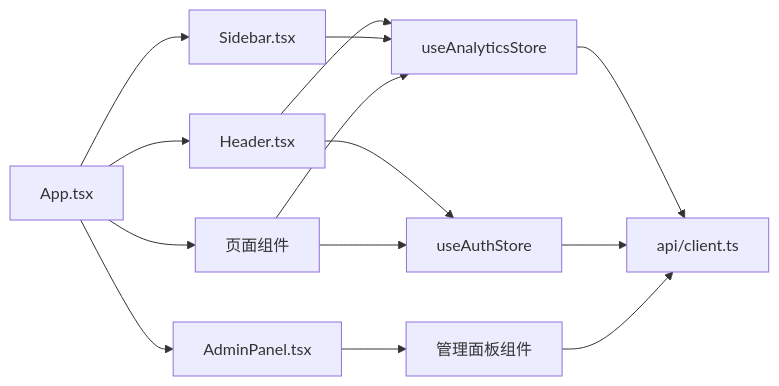
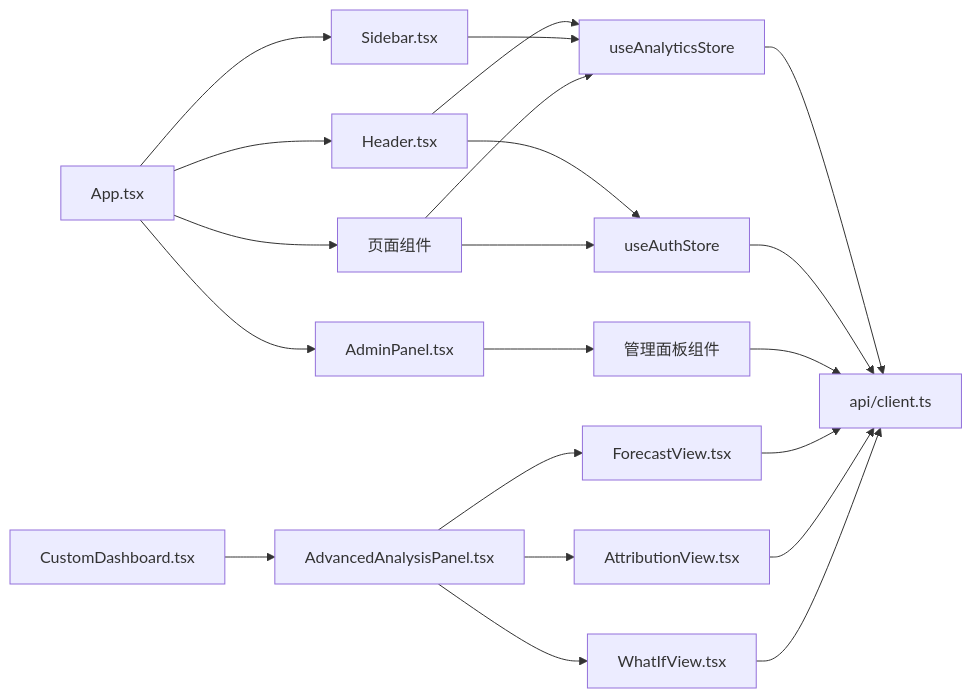
Before and after one commit to dgjin/smart-data-analytics: diagram 14 of 14 in .qoder/repowiki/zh/content/前端应用/前端应用.md, drawn with Mermaid. The commit also changed other lines of this file and 141 other files, not shown here.

````diff
--- a/.qoder/repowiki/zh/content/前端应用/前端应用.md
+++ b/.qoder/repowiki/zh/content/前端应用/前端应用.md
@@ -440,16 +590,23 @@
 ```mermaid
 graph LR
 App["App.tsx"] --> Header["Header.tsx"]
 App --> Sidebar["Sidebar.tsx"]
 App --> Pages["页面组件"]
 App --> Admin["AdminPanel.tsx"]
 Header --> StoreA["useAnalyticsStore"]
 Header --> StoreB["useAuthStore"]
 Sidebar --> StoreA
 Pages --> StoreA
 Pages --> StoreB
 Admin --> Panels["管理面板组件"]
 StoreA --> API["api/client.ts"]
 StoreB --> API
 Panels --> API
+Dashboard["CustomDashboard.tsx"] --> Analysis["AdvancedAnalysisPanel.tsx"]
+Analysis --> Forecast["ForecastView.tsx"]
+Analysis --> Attribution["AttributionView.tsx"]
+Analysis --> WhatIf["WhatIfView.tsx"]
+Forecast --> API
+Attribution --> API
+WhatIf --> API
 ```
````
